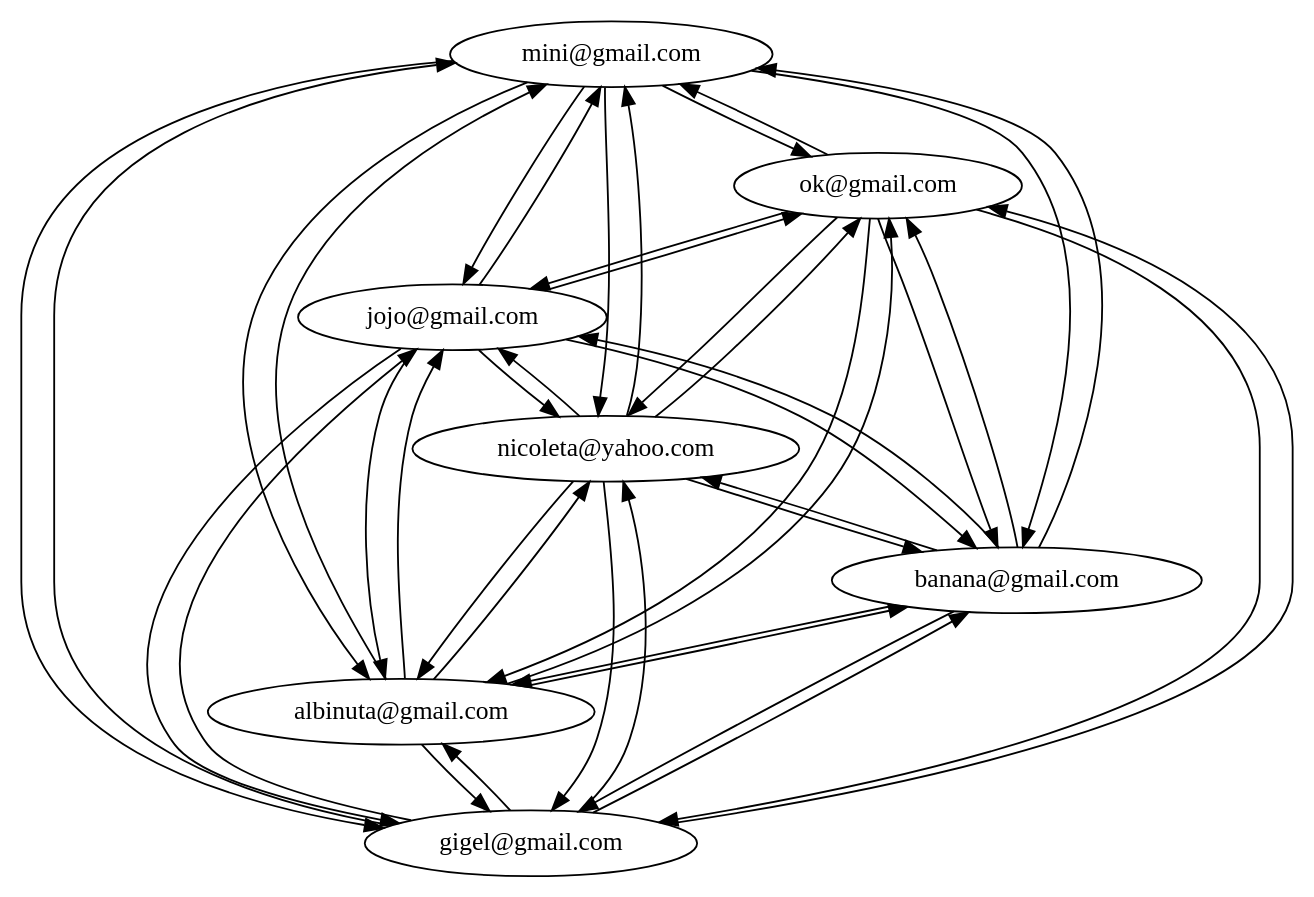
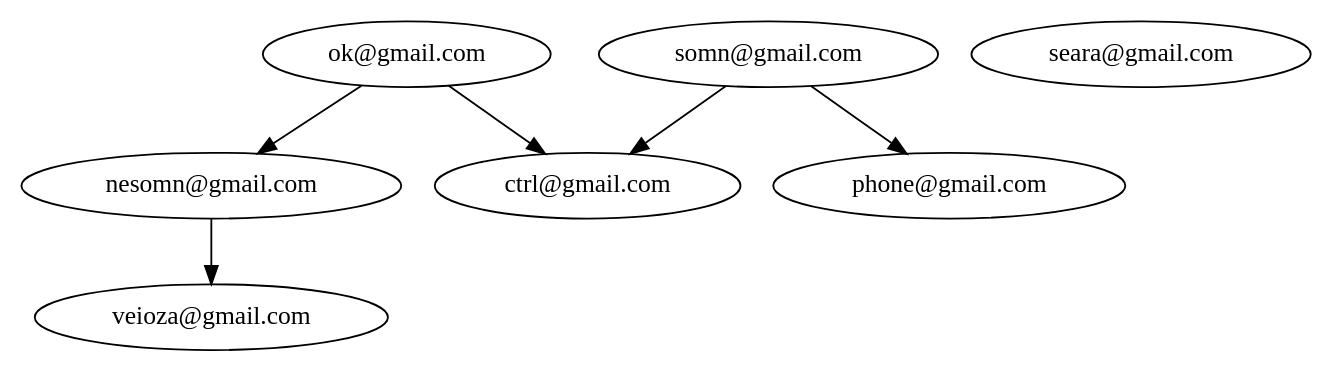
Before and after one commit to PopaBiancaStefana/QuizzApp: the diagram in proiectJAVA/quiz/src/main/resources/network.dot, drawn with Graphviz. The commit also changed 14 other files, not shown here.

Commit message:
working with bipartite graph

```diff
--- a/proiectJAVA/quiz/src/main/resources/network.dot
+++ b/proiectJAVA/quiz/src/main/resources/network.dot
@@ -1,51 +1,14 @@
 strict digraph G {
-  1 [ label="mini@gmail.com" ];
-  2 [ label="ok@gmail.com" ];
-  3 [ label="gigel@gmail.com" ];
-  4 [ label="albinuta@gmail.com" ];
-  5 [ label="banana@gmail.com" ];
-  6 [ label="nicoleta@yahoo.com" ];
-  7 [ label="jojo@gmail.com" ];
-  1 -> 2;
+  1 [ label="ok@gmail.com" ];
+  2 [ label="somn@gmail.com" ];
+  3 [ label="nesomn@gmail.com" ];
+  4 [ label="seara@gmail.com" ];
+  5 [ label="veioza@gmail.com" ];
+  6 [ label="phone@gmail.com" ];
+  7 [ label="ctrl@gmail.com" ];
   1 -> 3;
-  1 -> 4;
-  1 -> 5;
-  1 -> 6;
   1 -> 7;
-  2 -> 1;
-  2 -> 3;
-  2 -> 4;
-  2 -> 5;
   2 -> 6;
   2 -> 7;
-  3 -> 1;
-  3 -> 2;
-  3 -> 4;
   3 -> 5;
-  3 -> 6;
-  3 -> 7;
-  4 -> 1;
-  4 -> 2;
-  4 -> 3;
-  4 -> 5;
-  4 -> 6;
-  4 -> 7;
-  5 -> 1;
-  5 -> 2;
-  5 -> 3;
-  5 -> 4;
-  5 -> 6;
-  5 -> 7;
-  6 -> 1;
-  6 -> 2;
-  6 -> 3;
-  6 -> 4;
-  6 -> 5;
-  6 -> 7;
-  7 -> 1;
-  7 -> 2;
-  7 -> 3;
-  7 -> 4;
-  7 -> 5;
-  7 -> 6;
 }
```
